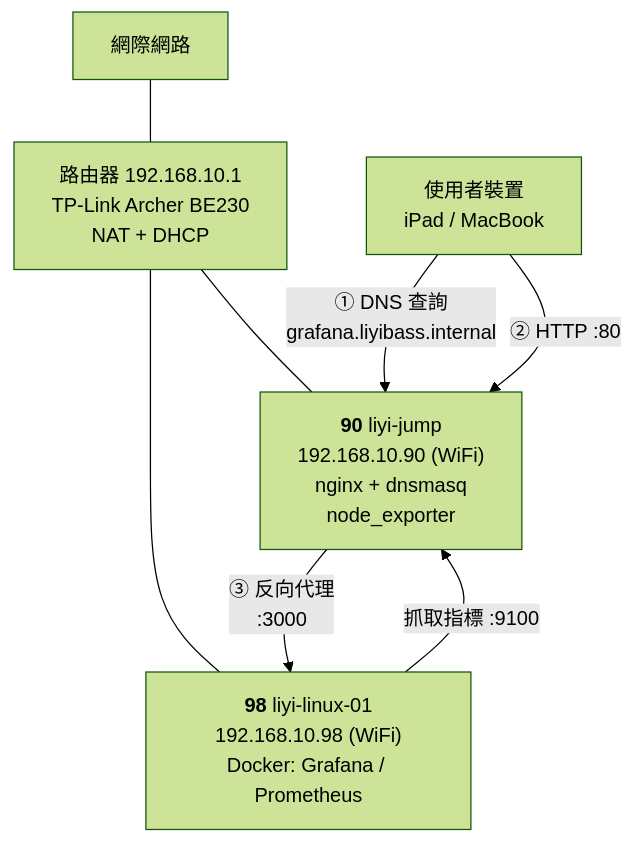
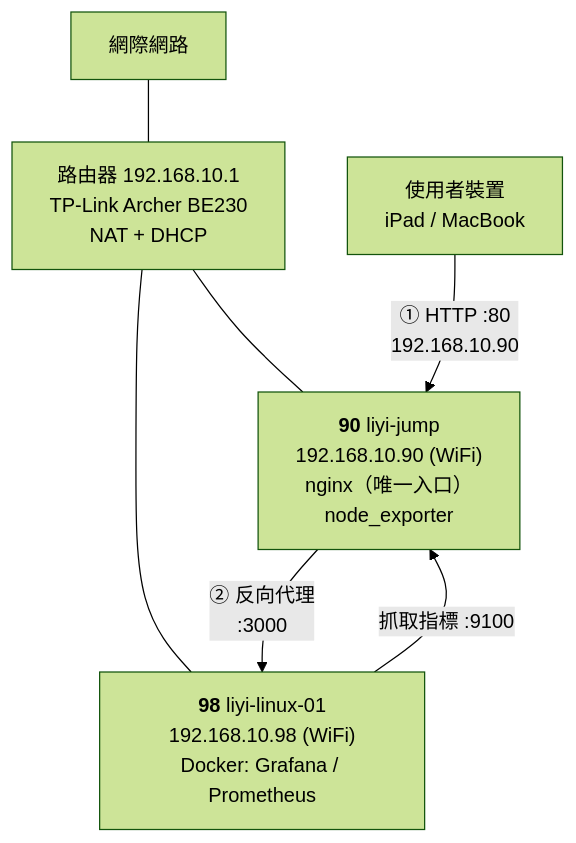
One commit to liyibass/software-engineer-roadmap changed the diagram in playground/liyi-server/架構現況.md. Above: the diagram before and after it, drawn with Mermaid (forest theme). The commit also changed other lines of this file and 5 other files, not shown here.

````diff
--- a/playground/liyi-server/架構現況.md
+++ b/playground/liyi-server/架構現況.md
@@ -11,16 +11,15 @@
 ```mermaid
 graph TB
     NET["網際網路"]
     R["路由器 192.168.10.1<br/>TP-Link Archer BE230<br/>NAT + DHCP"]
-    J["<b>90</b> liyi-jump<br/>192.168.10.90 (WiFi)<br/>nginx + dnsmasq<br/>node_exporter"]
+    J["<b>90</b> liyi-jump<br/>192.168.10.90 (WiFi)<br/>nginx（唯一入口）<br/>node_exporter"]
     S["<b>98</b> liyi-linux-01<br/>192.168.10.98 (WiFi)<br/>Docker: Grafana / Prometheus"]
     U["使用者裝置<br/>iPad / MacBook"]
 
     NET --- R
     R --- J
     R --- S
-    U -->|"① DNS 查詢<br/>grafana.liyibass.internal"| J
-    U -->|"② HTTP :80"| J
-    J -->|"③ 反向代理<br/>:3000"| S
+    U -->|"① HTTP :80<br/>192.168.10.90"| J
+    J -->|"② 反向代理<br/>:3000"| S
     S -->|"抓取指標 :9100"| J
 ```
````
